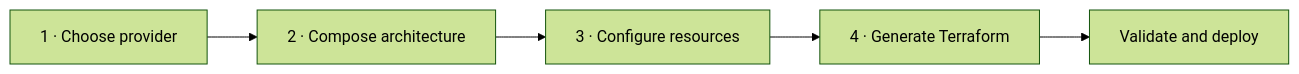
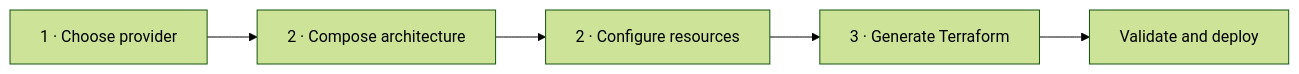
The first of 2 diagrams in README.md (karthikmeduri/InfraCanvas), drawn with Mermaid (forest theme) before and after one commit. The commit also changed other lines of this file and 12 other files, not shown here.

````diff
--- a/README.md
+++ b/README.md
@@ -35,7 +35,7 @@
 ```mermaid
 flowchart LR
     A["1 · Choose provider"] --> B["2 · Compose architecture"]
-    B --> C["3 · Configure resources"]
-    C --> D["4 · Generate Terraform"]
+    B --> C["2 · Configure resources"]
+    C --> D["3 · Generate Terraform"]
     D --> E["Validate and deploy"]
 ```
````
